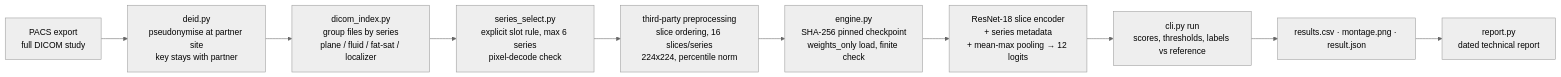
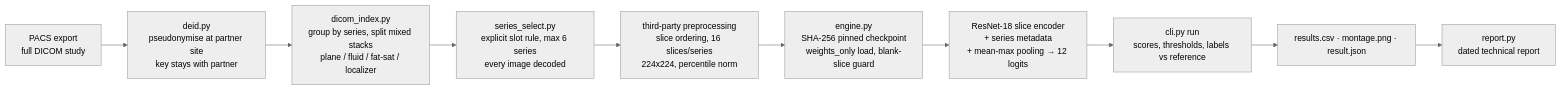
One commit to AIVORA-SANATATE-S-R-L/knee-mri-assistant-poc changed the diagram in README.md. Above: the diagram before and after it, drawn with Mermaid (neutral theme). The commit also changed other lines of this file and 1 other file, not shown here.

First line of the commit message:
Docs: architecture and test protocol updated for v0.2

````diff
--- a/README.md
+++ b/README.md
@@ -21,12 +22,12 @@
 ```mermaid
 flowchart LR
     A[PACS export<br/>full DICOM study] --> B[deid.py<br/>pseudonymise at partner site<br/>key stays with partner]
-    B --> C[dicom_index.py<br/>group files by series<br/>plane / fluid / fat-sat / localizer]
-    C --> D[series_select.py<br/>explicit slot rule, max 6 series<br/>pixel-decode check]
+    B --> C[dicom_index.py<br/>group by series, split mixed stacks<br/>plane / fluid / fat-sat / localizer]
+    C --> D[series_select.py<br/>explicit slot rule, max 6 series<br/>every image decoded]
     D --> E[third-party preprocessing<br/>slice ordering, 16 slices/series<br/>224x224, percentile norm]
-    E --> F[engine.py<br/>SHA-256 pinned checkpoint<br/>weights_only load, finite check]
+    E --> F[engine.py<br/>SHA-256 pinned checkpoint<br/>weights_only load, blank-slice guard]
     F --> G[ResNet-18 slice encoder<br/>+ series metadata<br/>+ mean-max pooling → 12 logits]
     G --> H[cli.py run<br/>scores, thresholds, labels vs reference]
     H --> I[results.csv · montage.png · result.json]
     I --> J[report.py<br/>dated technical report]
 ```
````
